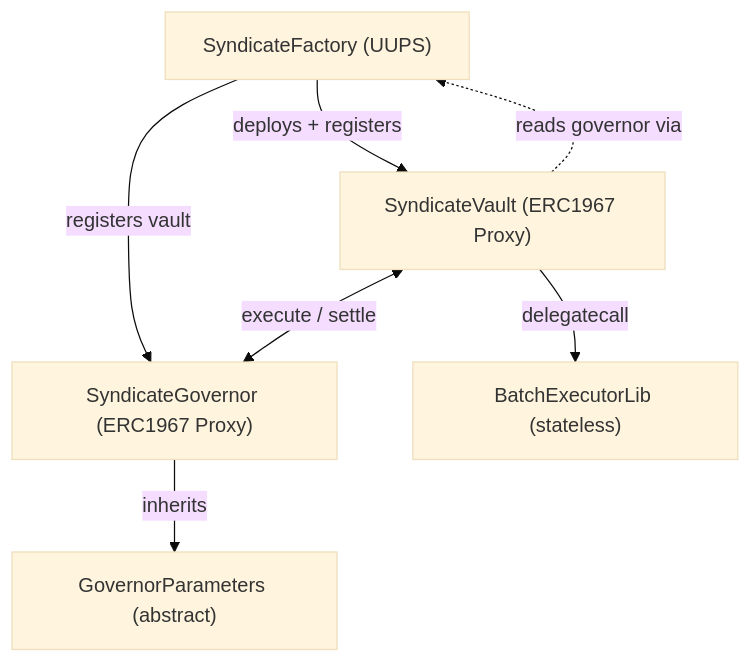
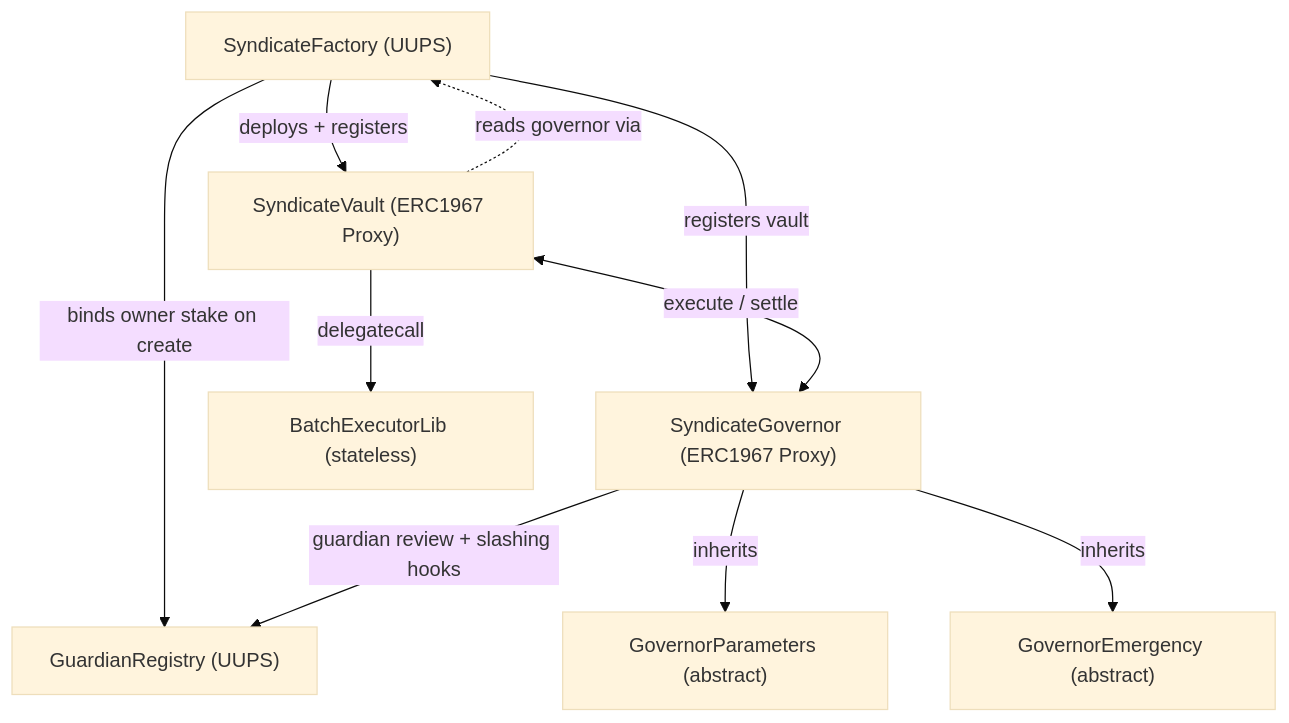
One commit to sherwoodagent/mintlify-docs changed the diagram in protocol/architecture.mdx. Above: the diagram before and after it, drawn with Mermaid (base theme). The commit also changed other lines of this file and 8 other files, not shown here.

````diff
--- a/protocol/architecture.mdx
+++ b/protocol/architecture.mdx
@@ -11,9 +11,12 @@
 ```mermaid
 graph TD
     F["SyndicateFactory (UUPS)"] -->|deploys + registers| V["SyndicateVault (ERC1967 Proxy)"]
     F -->|registers vault| G["SyndicateGovernor (ERC1967 Proxy)"]
+    F -->|binds owner stake on create| R["GuardianRegistry (UUPS)"]
+    G -->|guardian review + slashing hooks| R
     V <-->|execute / settle| G
     V -->|delegatecall| B["BatchExecutorLib (stateless)"]
     G -->|inherits| P["GovernorParameters (abstract)"]
+    G -->|inherits| E["GovernorEmergency (abstract)"]
     V -.->|reads governor via| F
 ```
````
